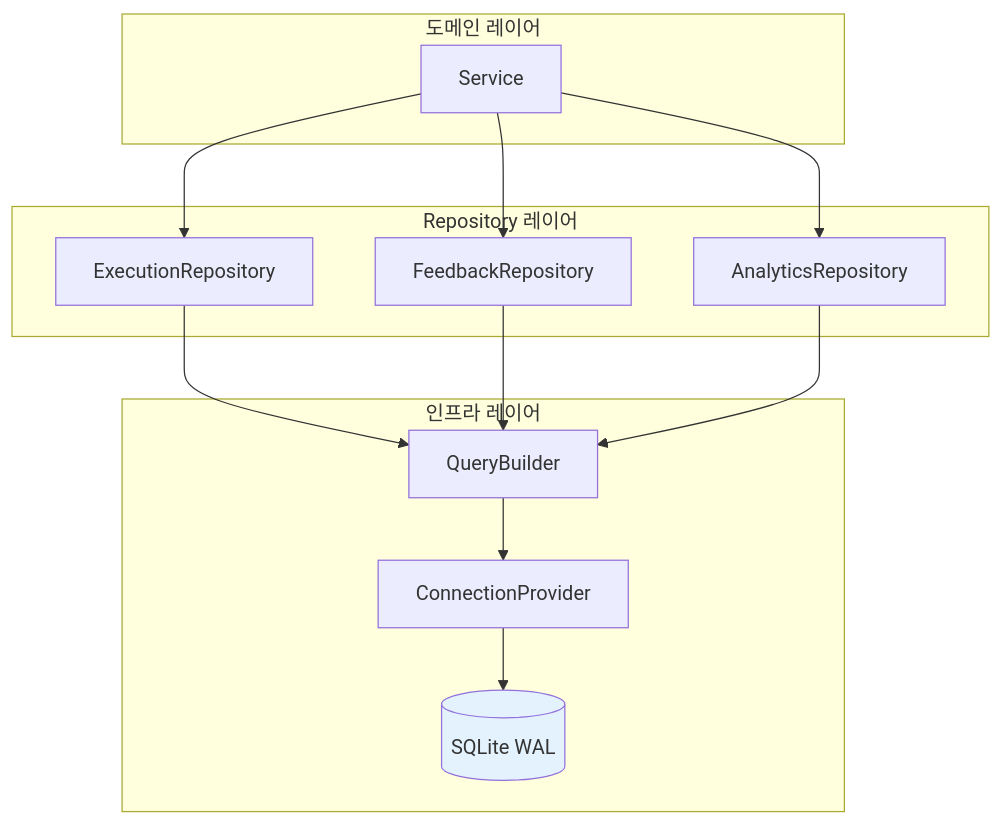
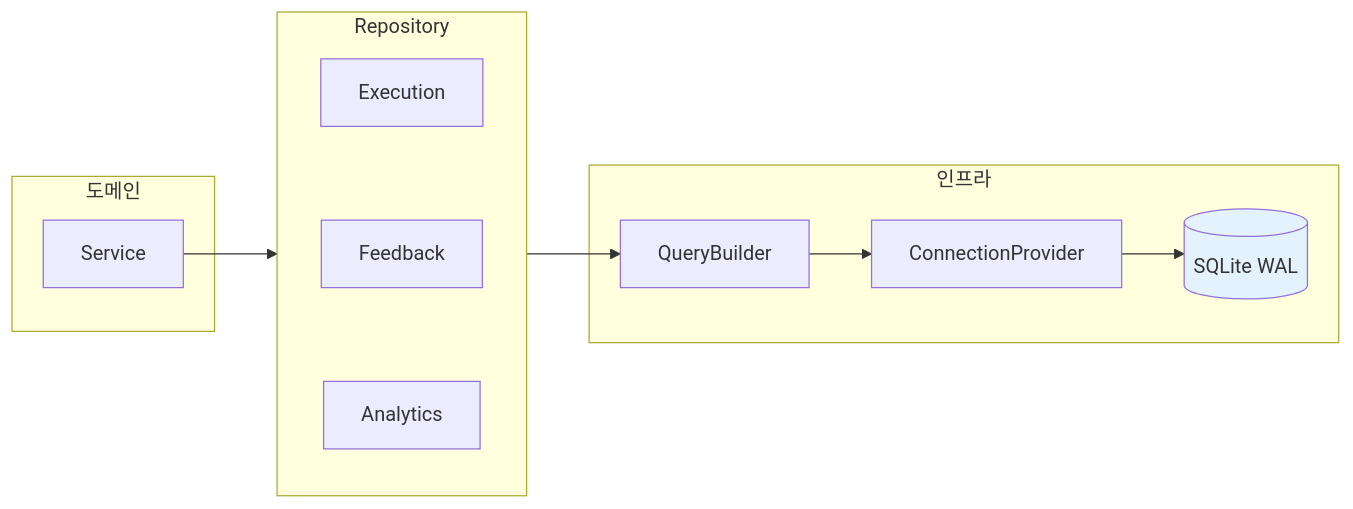
Before and after one commit to Gyeom/dev-notes: the third of 4 diagrams in content/posts/2025-11-18-sqlite-wal-high-throughput.md, drawn with Mermaid. The commit also changed other lines of this file and 7 other files, not shown here.

First line of the commit message:
Fix: 전체 포스트 Mermaid 다이어그램 가로 배치 적용

````diff
--- a/content/posts/2025-11-18-sqlite-wal-high-throughput.md
+++ b/content/posts/2025-11-18-sqlite-wal-high-throughput.md
@@ -104,29 +99,19 @@
 ```mermaid
-flowchart TB
-    subgraph Domain["도메인 레이어"]
+flowchart LR
+    subgraph Domain["도메인"]
         S[Service]
     end
 
-    subgraph Repository["Repository 레이어"]
-        ER[ExecutionRepository]
-        FR[FeedbackRepository]
-        AR[AnalyticsRepository]
+    subgraph Repository["Repository"]
+        ER[Execution] ~~~ FR[Feedback] ~~~ AR[Analytics]
     end
 
-    subgraph Infra["인프라 레이어"]
-        QB[QueryBuilder]
-        CP[ConnectionProvider]
-        DB[(SQLite WAL)]
+    subgraph Infra["인프라"]
+        QB[QueryBuilder] --> CP[ConnectionProvider] --> DB[(SQLite WAL)]
     end
 
-    S --> ER
-    S --> FR
-    S --> AR
-    ER --> QB
-    FR --> QB
-    AR --> QB
-    QB --> CP
-    CP --> DB
+    S --> Repository
+    Repository --> QB
 
     style DB fill:#E3F2FD
 ```
````
